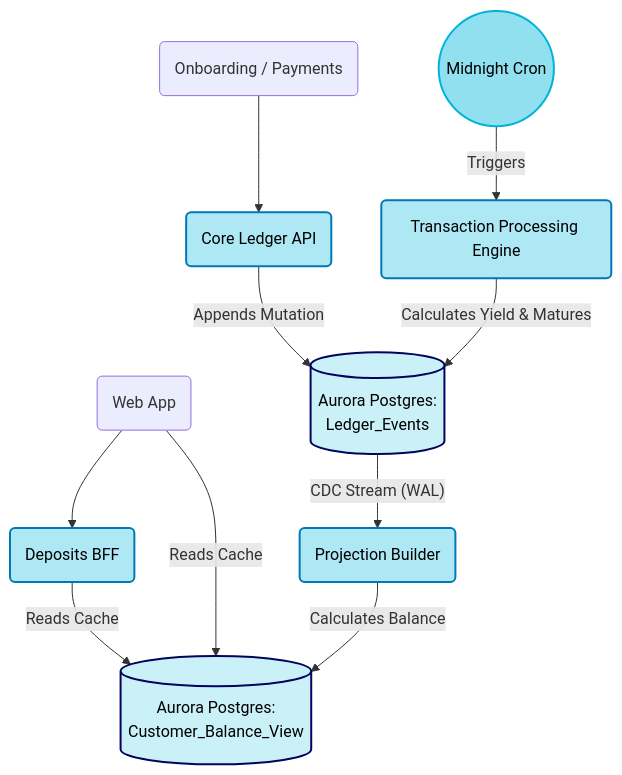
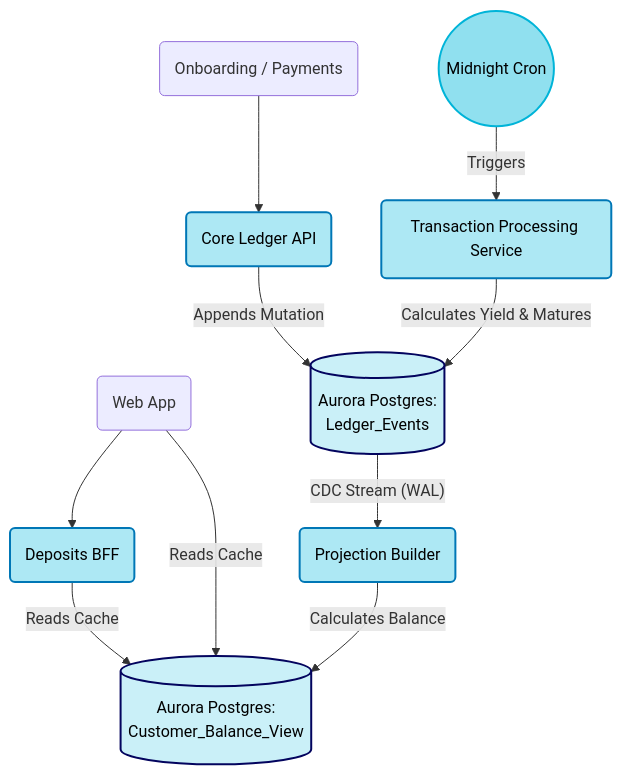
Before and after one commit to saeed-vayghan/Assignment-Fintech-Saving-Account-Private: the second of 4 diagrams in 03-system-design/02-system-design-teams.md, drawn with Mermaid. The commit also changed 17 other files, not shown here.

````diff
--- a/03-system-design/02-system-design-teams.md
+++ b/03-system-design/02-system-design-teams.md
@@ -31,21 +31,21 @@
 ```mermaid
 flowchart TD
     classDef api fill:#ade8f4,stroke:#0077b6,stroke-width:2px,color:#000
     classDef db fill:#caf0f8,stroke:#03045e,stroke-width:2px,color:#000
     classDef cron fill:#90e0ef,stroke:#00b4d8,stroke-width:2px,color:#000
     classDef bff fill:#ade8f4,stroke:#0077b6,stroke-width:2px,color:#000
 
     Internal(Onboarding / Payments) --> API(Core Ledger API):::api
     UI(Web App) --> BFF(Deposits BFF):::bff
     BFF -- "Reads Cache" --> RL
     
     API -- "Appends Mutation" --> WL[(Aurora Postgres:<br/>Ledger_Events)]:::db
     
     WL -- "CDC Stream (WAL)" --> Proj(Projection Builder):::api
     Proj -- "Calculates Balance" --> RL[(Aurora Postgres:<br/>Customer_Balance_View)]:::db
     
     UI(Web App) -- "Reads Cache" --> RL
     
-    Cron((Midnight Cron)):::cron -- "Triggers" --> Mat(Transaction Processing Engine):::api
+    Cron((Midnight Cron)):::cron -- "Triggers" --> Mat(Transaction Processing Service):::api
     Mat -- "Calculates Yield & Matures" --> WL
 ```
````
